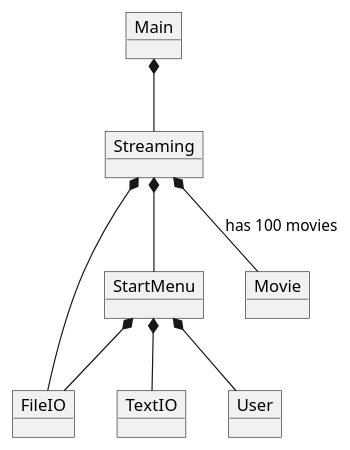
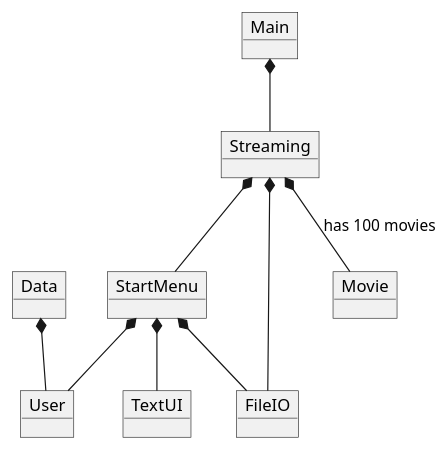
The diagram in .idea/Doc/Domainmodel.puml (Madihakhan1/SP3), drawn with PlantUML before and after one commit. The commit also changed 2 other files, not shown here.

Commit message:
Classes + ClassDiagram ændringer

```diff
--- a/.idea/Doc/Domainmodel.puml
+++ b/.idea/Doc/Domainmodel.puml
@@ -1,25 +1,28 @@
 @startuml
 'https://plantuml.com/object-diagram
 
 object Main
 object StartMenu
 object Streaming
 object User
 object Movie
 object FileIO
-object TextIO
+object TextUI
+object Data
+
 
 
 Main *-- Streaming
 Streaming *--StartMenu
 StartMenu *-- User
 StartMenu *--FileIO
 Streaming *-- FileIO
-StartMenu *-- TextIO
+StartMenu *-- TextUI
 Streaming *-- Movie : has 100 movies
+Data *-- User
 
 
 
 
 
 @enduml
```
